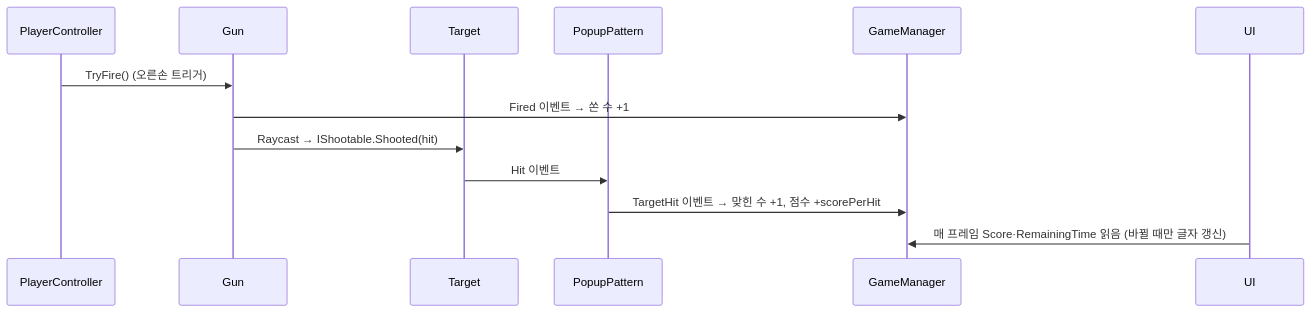
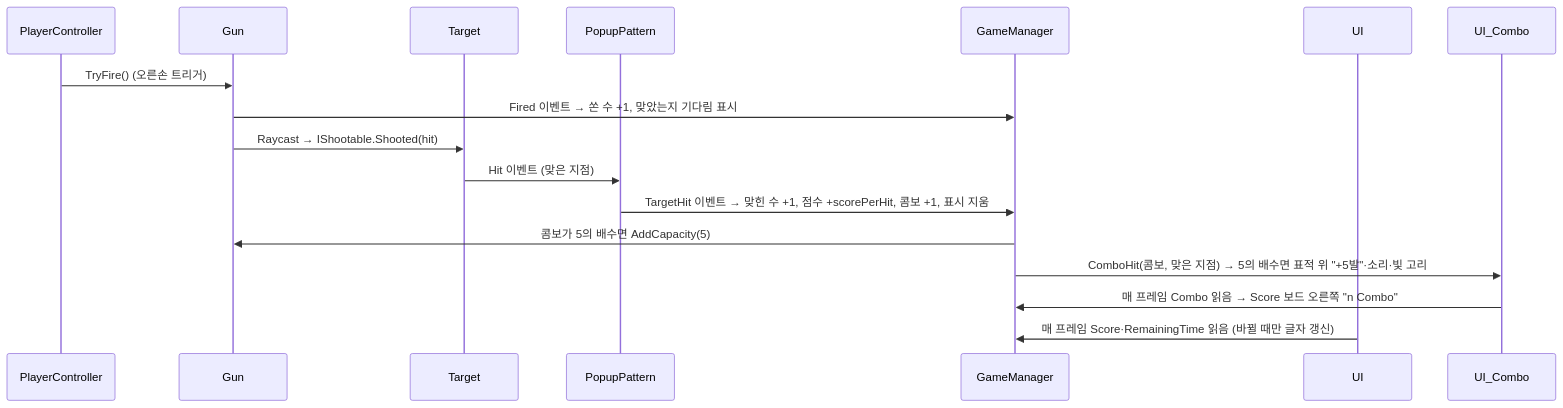
The first of 2 diagrams in Assets/QuickDraw/Dev_Design.md (KooHoo-Dev/3rd-xr-project-rlawlsdn77), drawn with Mermaid before and after one commit. The commit also changed other lines of this file and 119 other files, not shown here.

````diff
--- a/Assets/QuickDraw/Dev_Design.md
+++ b/Assets/QuickDraw/Dev_Design.md
@@ -99,16 +119,20 @@
 ```mermaid
 sequenceDiagram
     participant PC as PlayerController
     participant Gun
     participant T as Target
     participant P as PopupPattern
     participant GM as GameManager
     participant UI
+    participant C as UI_Combo
 
     PC->>Gun: TryFire() (오른손 트리거)
-    Gun->>GM: Fired 이벤트 → 쏜 수 +1
+    Gun->>GM: Fired 이벤트 → 쏜 수 +1, 맞았는지 기다림 표시
     Gun->>T: Raycast → IShootable.Shooted(hit)
-    T->>P: Hit 이벤트
-    P->>GM: TargetHit 이벤트 → 맞힌 수 +1, 점수 +scorePerHit
+    T->>P: Hit 이벤트 (맞은 지점)
+    P->>GM: TargetHit 이벤트 → 맞힌 수 +1, 점수 +scorePerHit, 콤보 +1, 표시 지움
+    GM->>Gun: 콤보가 5의 배수면 AddCapacity(5)
+    GM->>C: ComboHit(콤보, 맞은 지점) → 5의 배수면 표적 위 "+5발"·소리·빛 고리
+    C->>GM: 매 프레임 Combo 읽음 → Score 보드 오른쪽 "n Combo"
     UI->>GM: 매 프레임 Score·RemainingTime 읽음 (바뀔 때만 글자 갱신)
 ```
````
